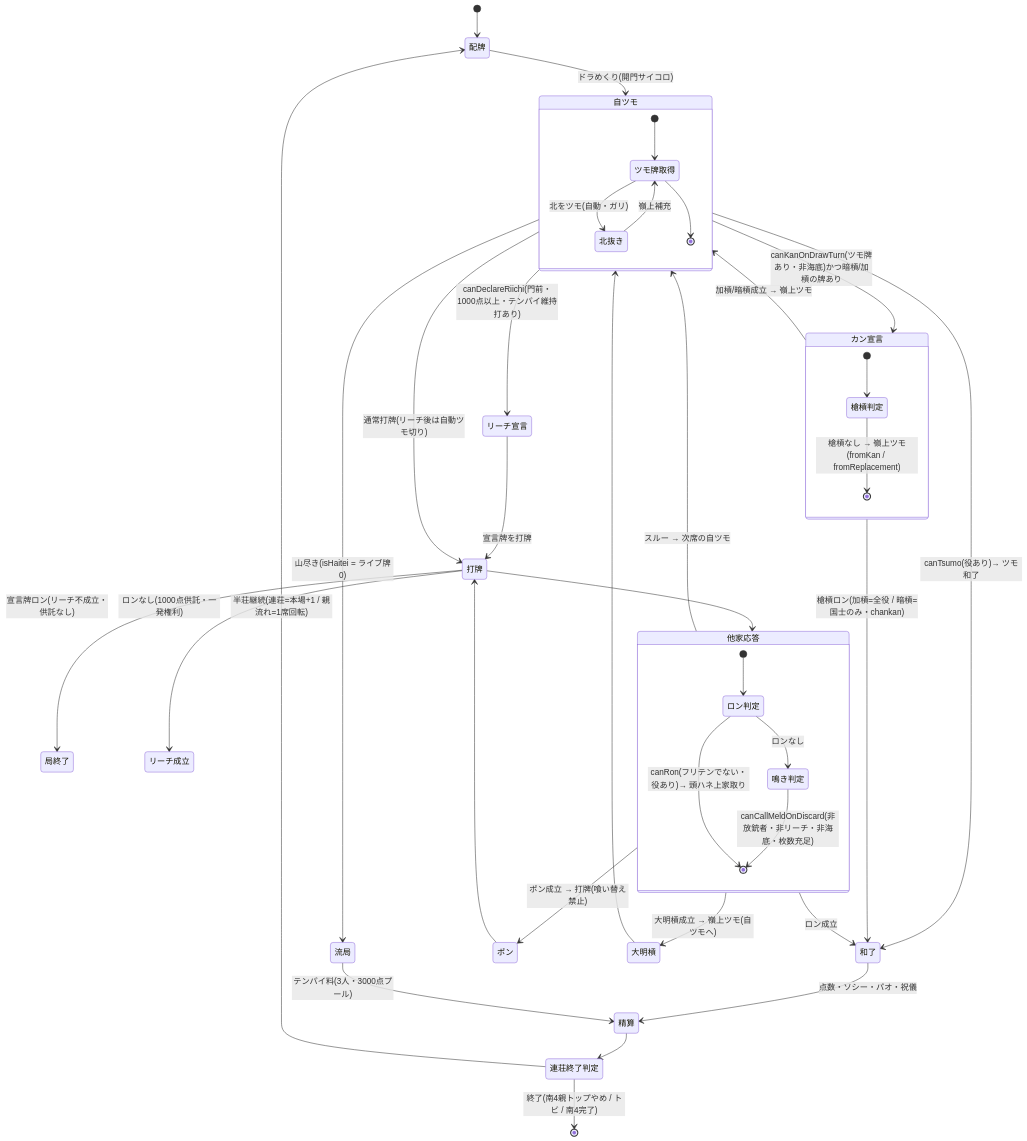
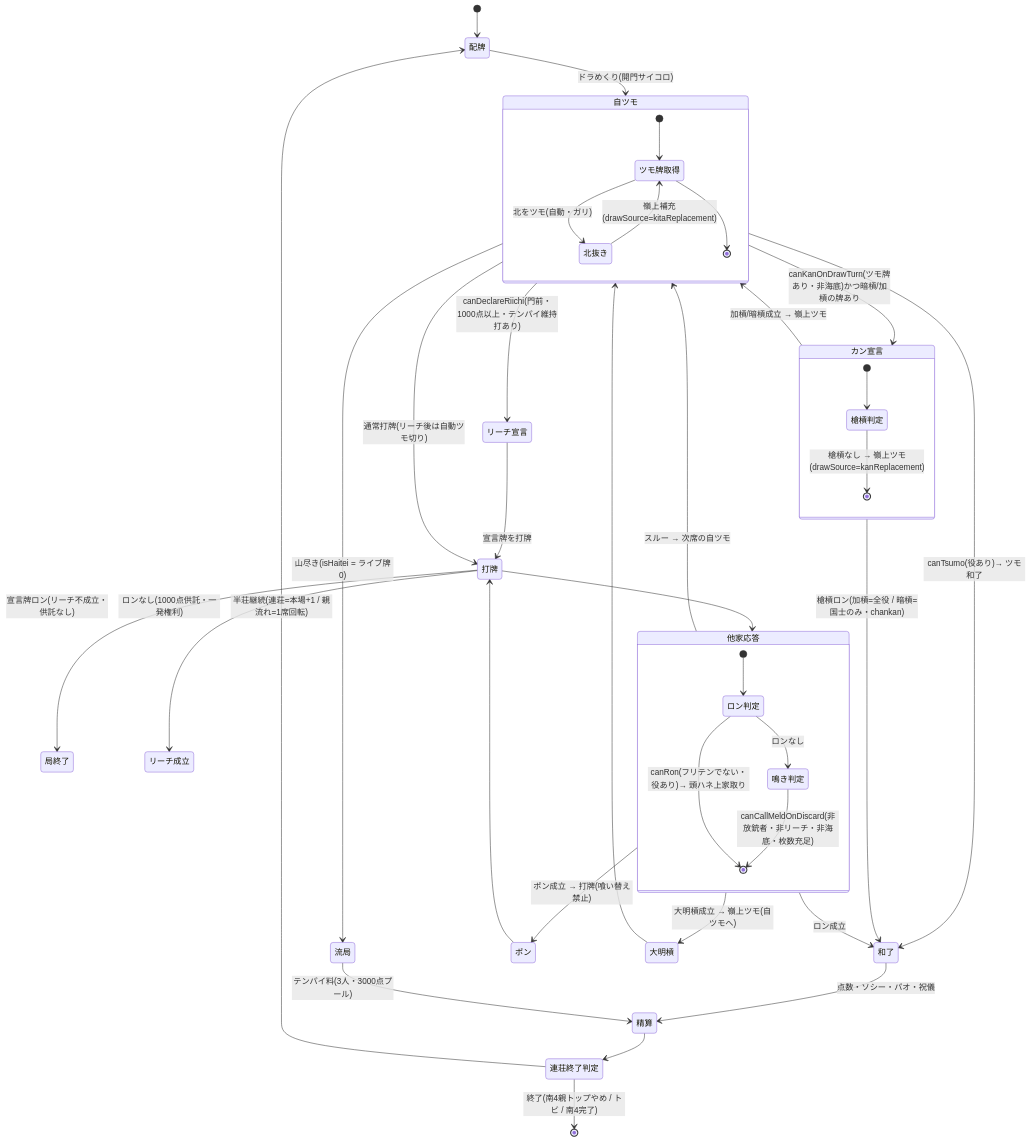
The second of 2 diagrams in documents/spec/game-flow.md (AutoDevJapan/FourBrosMahjong), drawn with Mermaid before and after one commit. The commit also changed 6 other files, not shown here.

First line of the commit message:
refactor(game): fromKan/fromReplacement を drawSource 1変数へ集約する (#415)

````diff
--- a/documents/spec/game-flow.md
+++ b/documents/spec/game-flow.md
@@ -38,48 +38,48 @@
 ```mermaid
 stateDiagram-v2
     [*] --> 配牌
     配牌 --> 自ツモ: ドラめくり(開門サイコロ)
 
     state 自ツモ {
         [*] --> ツモ牌取得
         ツモ牌取得 --> 北抜き: 北をツモ(自動・ガリ)
-        北抜き --> ツモ牌取得: 嶺上補充
+        北抜き --> ツモ牌取得: 嶺上補充(drawSource=kitaReplacement)
         ツモ牌取得 --> [*]
     }
 
     自ツモ --> 流局: 山尽き(isHaitei = ライブ牌0)
     自ツモ --> 和了: canTsumo(役あり)→ ツモ和了
     自ツモ --> リーチ宣言: canDeclareRiichi(門前・1000点以上・テンパイ維持打あり)
     自ツモ --> カン宣言: canKanOnDrawTurn(ツモ牌あり・非海底)かつ暗槓/加槓の牌あり
     自ツモ --> 打牌: 通常打牌(リーチ後は自動ツモ切り)
     リーチ宣言 --> 打牌: 宣言牌を打牌
     打牌 --> 局終了: 宣言牌ロン(リーチ不成立・供託なし)
     打牌 --> リーチ成立: ロンなし(1000点供託・一発権利)
 
     state カン宣言 {
         [*] --> 槍槓判定
-        槍槓判定 --> [*]: 槍槓なし → 嶺上ツモ(fromKan / fromReplacement)
+        槍槓判定 --> [*]: 槍槓なし → 嶺上ツモ(drawSource=kanReplacement)
     }
     カン宣言 --> 自ツモ: 加槓/暗槓成立 → 嶺上ツモ
     カン宣言 --> 和了: 槍槓ロン(加槓=全役 / 暗槓=国士のみ・chankan)
 
     打牌 --> 他家応答
     state 他家応答 {
         [*] --> ロン判定
         ロン判定 --> [*]: canRon(フリテンでない・役あり)→ 頭ハネ上家取り
         ロン判定 --> 鳴き判定: ロンなし
         鳴き判定 --> [*]: canCallMeldOnDiscard(非放銃者・非リーチ・非海底・枚数充足)
     }
     他家応答 --> 和了: ロン成立
     他家応答 --> ポン: ポン成立 → 打牌(喰い替え禁止)
     他家応答 --> 大明槓: 大明槓成立 → 嶺上ツモ(自ツモへ)
     他家応答 --> 自ツモ: スルー → 次席の自ツモ
     ポン --> 打牌
     大明槓 --> 自ツモ
 
     和了 --> 精算: 点数・ソシー・パオ・祝儀
     流局 --> 精算: テンパイ料(3人・3000点プール)
     精算 --> 連荘終了判定
     連荘終了判定 --> 配牌: 半荘継続(連荘=本場+1 / 親流れ=1席回転)
     連荘終了判定 --> [*]: 終了(南4親トップやめ / トビ / 南4完了)
 ```
````
